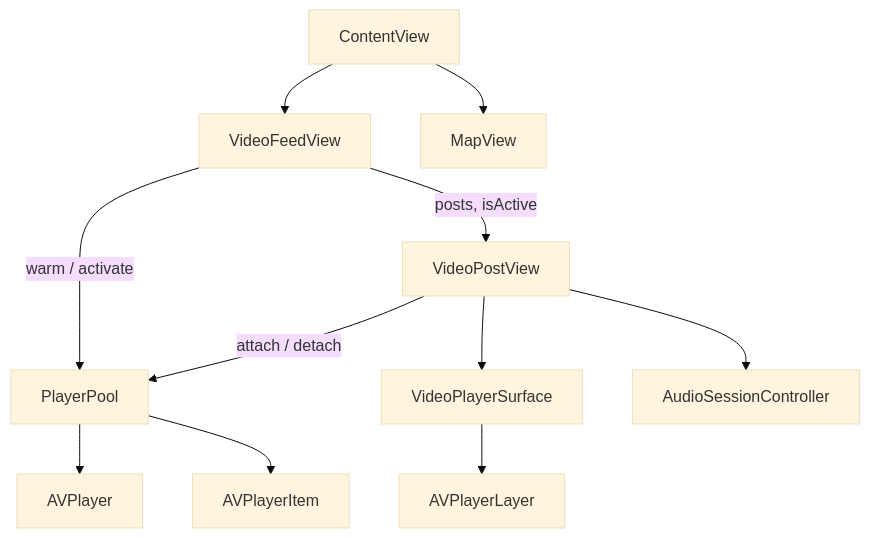
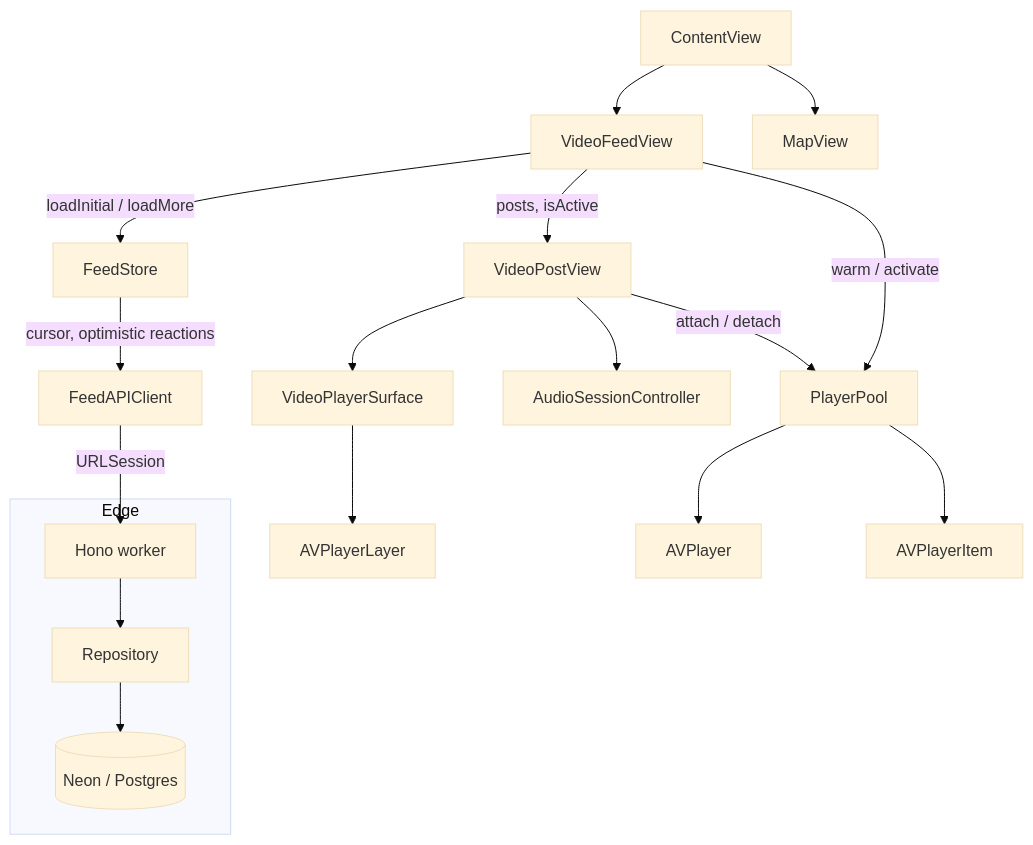
Before and after one commit to SomsakGitHub/marauders: the diagram in README.md, drawn with Mermaid (base theme). The commit also changed other lines of this file and 25 other files, not shown here.

First line of the commit message:
Add feed API on Neon and wire the iOS client to it

````diff
--- a/README.md
+++ b/README.md
@@ -20,15 +24,24 @@
 ```mermaid
 flowchart TD
     ContentView --> VideoFeedView
     ContentView --> MapView
 
     VideoFeedView -->|posts, isActive| VideoPostView
+    VideoFeedView -->|loadInitial / loadMore| FeedStore
     VideoFeedView -->|warm / activate| PlayerPool
     VideoPostView -->|attach / detach| PlayerPool
     VideoPostView --> VideoPlayerSurface
     VideoPostView --> AudioSessionController
 
+    FeedStore -->|cursor, optimistic reactions| FeedAPIClient
+    FeedAPIClient -->|URLSession| Worker
+
     VideoPlayerSurface --> AVPlayerLayer
     PlayerPool --> AVPlayer
     PlayerPool --> AVPlayerItem
+
+    subgraph Edge
+        Worker[Hono worker] --> Repository
+        Repository --> Neon[(Neon / Postgres)]
+    end
 ```
````
